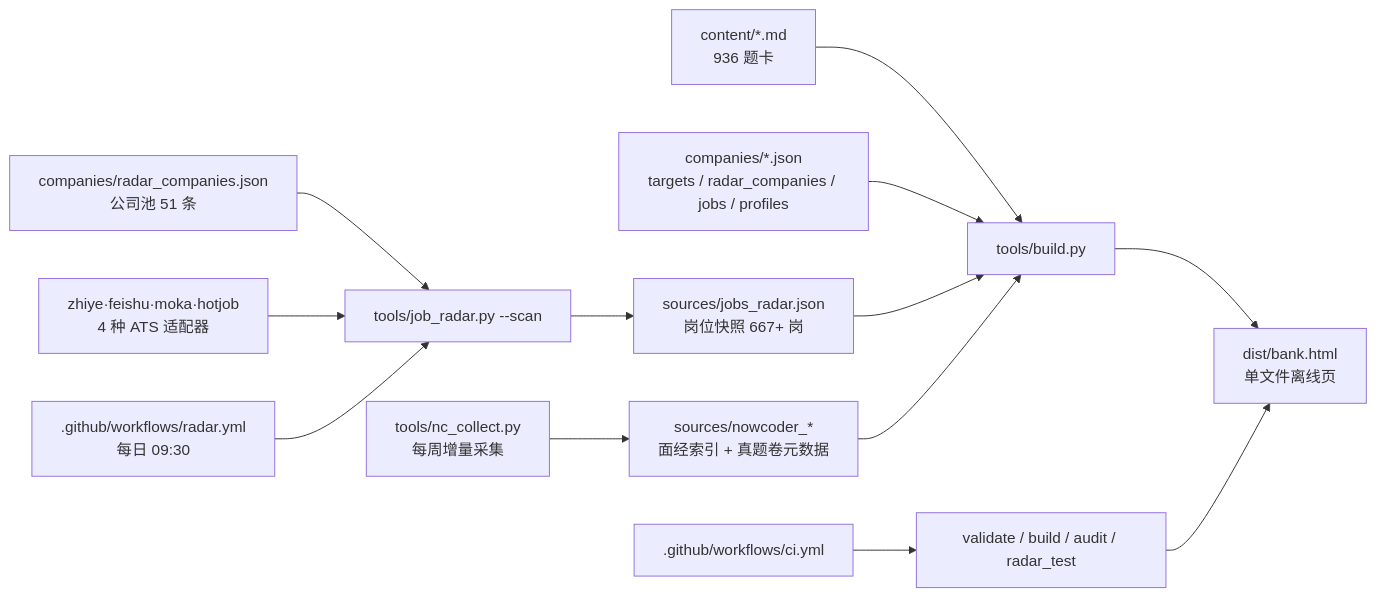
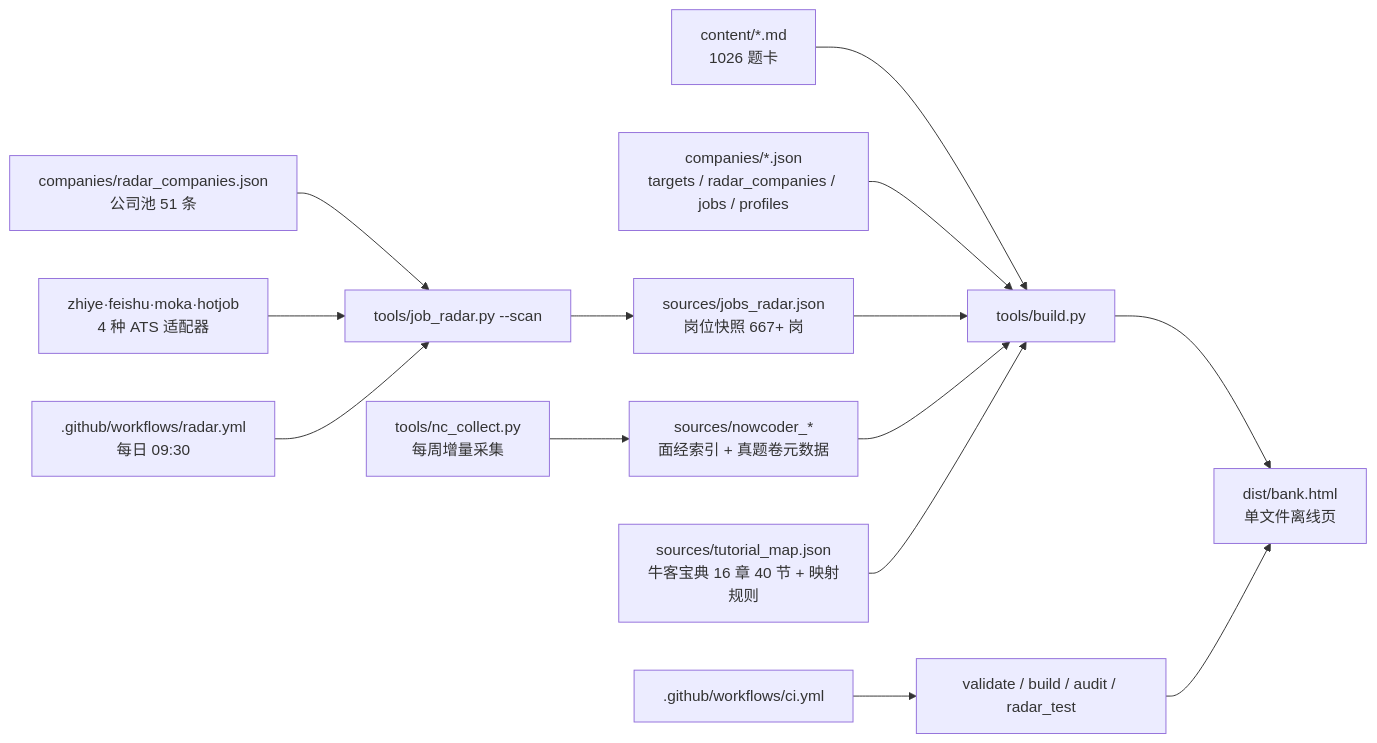
Before and after one commit to DOURENCHI/interview-bank: the diagram in docs/architecture.md, drawn with Mermaid. The commit also changed other lines of this file and 8 other files, not shown here.

First line of the commit message:
feat: CareerOS V1.9.1 牛客面试宝典考点地图(2套宝典16章40节 → 题库覆盖/缺口/准备度)

````diff
--- a/docs/architecture.md
+++ b/docs/architecture.md
@@ -22,15 +22,16 @@
 ```mermaid
 flowchart LR
-    A[content/*.md<br/>936 题卡] --> B[tools/build.py]
+    A[content/*.md<br/>1026 题卡] --> B[tools/build.py]
     C[companies/*.json<br/>targets / radar_companies / jobs / profiles] --> B
     D[sources/jobs_radar.json<br/>岗位快照 667+ 岗] --> B
     N[sources/nowcoder_*<br/>面经索引 + 真题卷元数据] --> B
+    T[sources/tutorial_map.json<br/>牛客宝典 16 章 40 节 + 映射规则] --> B
     B --> E[dist/bank.html<br/>单文件离线页]
     F[companies/radar_companies.json<br/>公司池 51 条] --> G[tools/job_radar.py --scan]
     G --> D
     G2[zhiye·feishu·moka·hotjob<br/>4 种 ATS 适配器] --> G
     H[.github/workflows/radar.yml<br/>每日 09:30] --> G
     NC[tools/nc_collect.py<br/>每周增量采集] --> N
     I[.github/workflows/ci.yml] --> J[validate / build / audit / radar_test]
     J --> E
 ```
````
